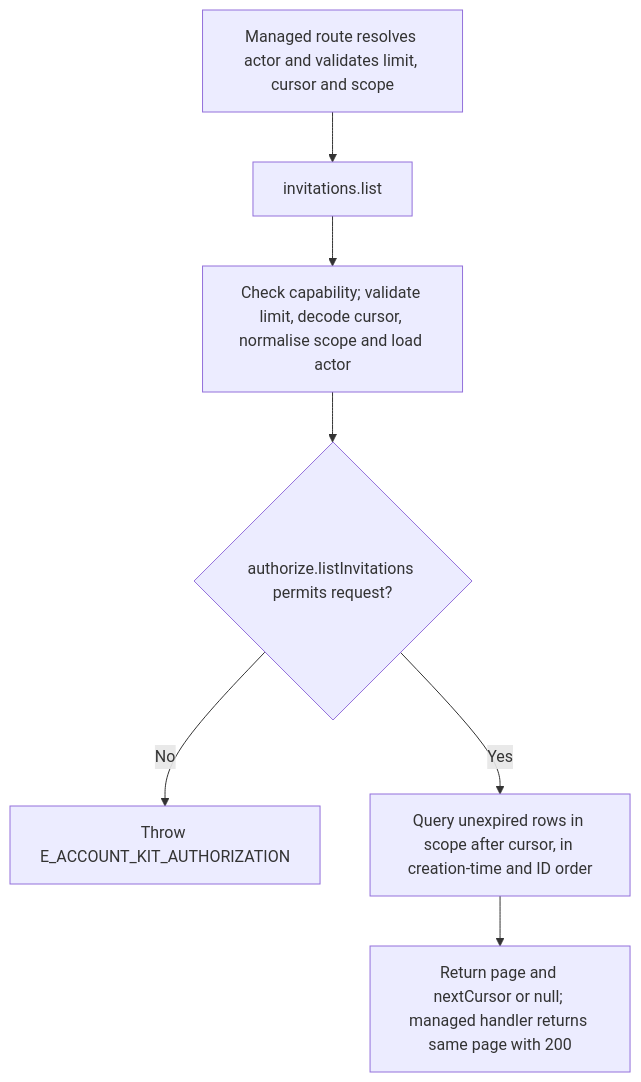
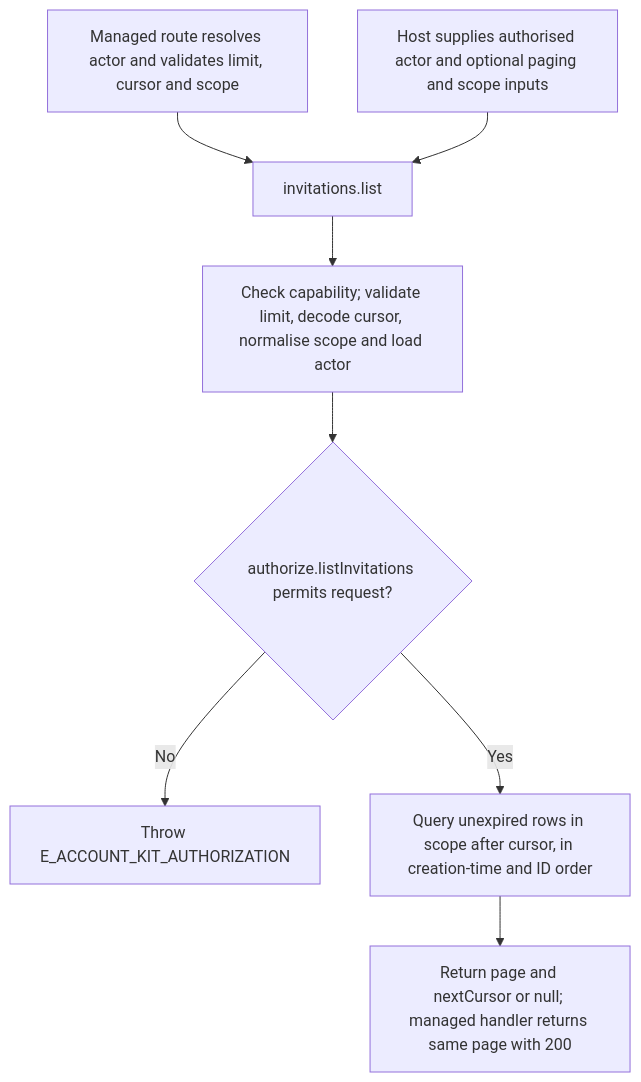
Before and after one commit to Kevinjohn/oss-adonisjs-account-kit: the second of 2 diagrams in user-stories/US-ACCOUNT-10-list-invitations.md, drawn with Mermaid. The commit also changed 42 other files, not shown here.

````diff
--- a/user-stories/US-ACCOUNT-10-list-invitations.md
+++ b/user-stories/US-ACCOUNT-10-list-invitations.md
@@ -30,9 +30,10 @@
 ```mermaid
 flowchart TD
   M["Managed route resolves actor and validates limit, cursor and scope"] --> A["invitations.list"]
+  H["Host supplies authorised actor and optional paging and scope inputs"] --> A
   A --> B["Check capability; validate limit, decode cursor, normalise scope and load actor"]
   B --> C{"authorize.listInvitations permits request?"}
   C -->|No| D["Throw E_ACCOUNT_KIT_AUTHORIZATION"]
   C -->|Yes| E["Query unexpired rows in scope after cursor, in creation-time and ID order"]
   E --> F["Return page and nextCursor or null; managed handler returns same page with 200"]
 ```
````
